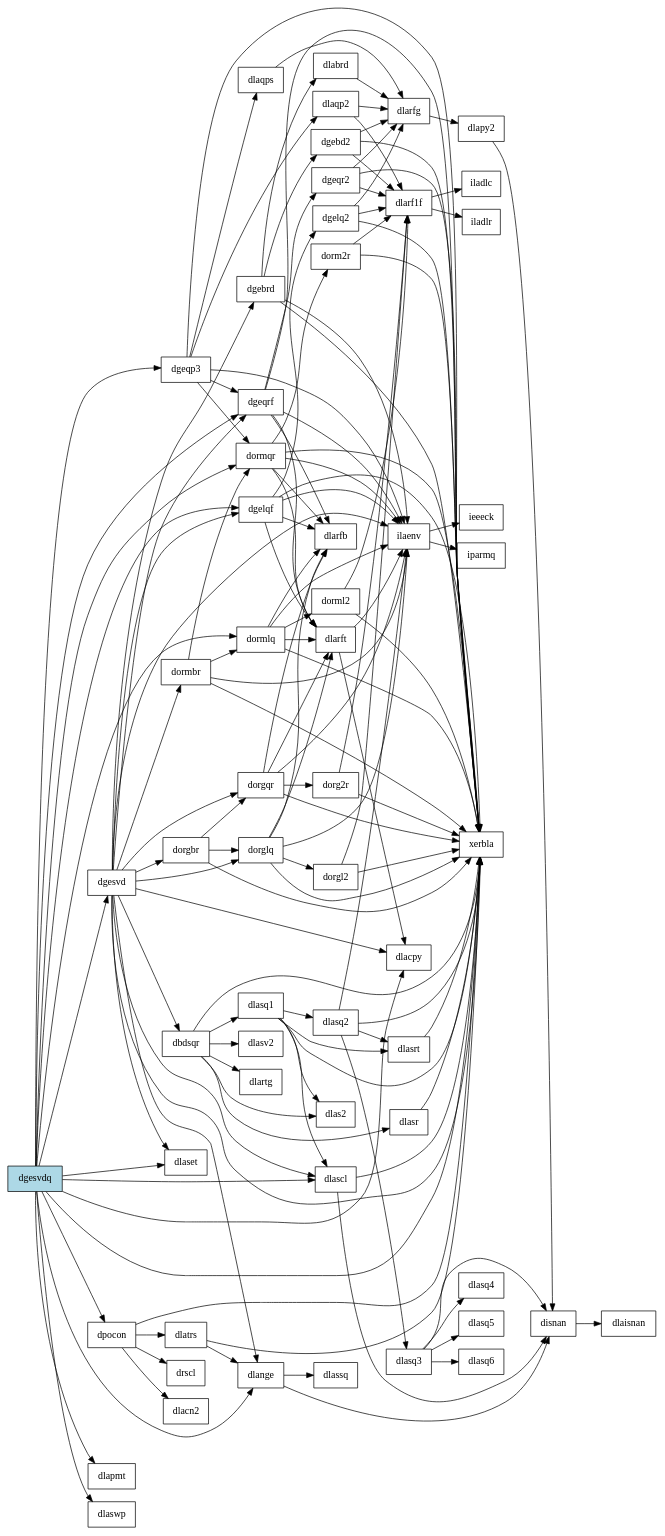
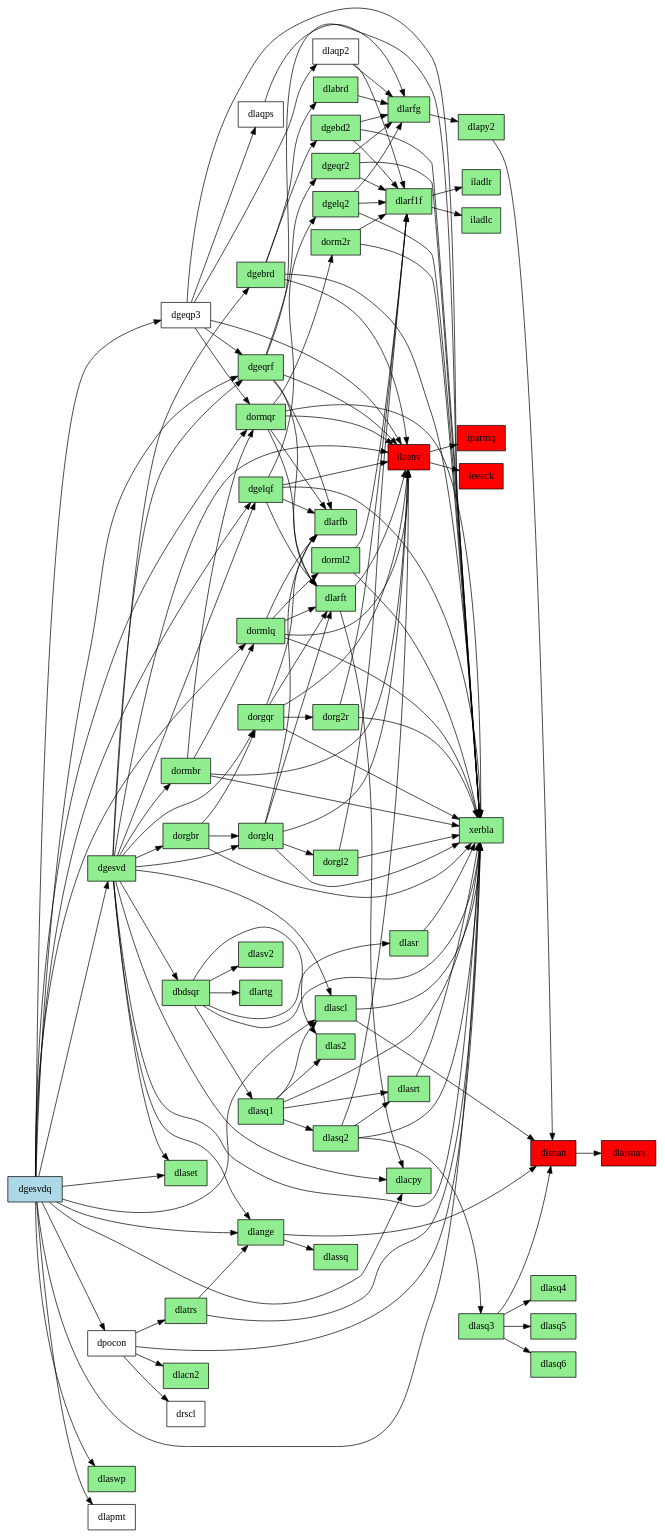
One commit to prajjwalbajpai/LAPACK-deps changed the diagram in dgesvdq.dot. Above: the diagram before and after it, drawn with Graphviz. The commit also changed 5 other files, not shown here.

```diff
--- a/dgesvdq.dot
+++ b/dgesvdq.dot
@@ -1,143 +1,194 @@
 digraph G {
   rankdir=LR;
   node [shape=box];
 
   "dgesvdq" [style=filled, fillcolor=lightblue];
+  "dlaisnan" [style=filled, fillcolor=red];
+  "dlacpy" [style=filled, fillcolor=lightgreen];
+  "dlabrd" [style=filled, fillcolor=lightgreen];
+  "dlange" [style=filled, fillcolor=lightgreen];
+  "dlapy2" [style=filled, fillcolor=lightgreen];
+  "dlartg" [style=filled, fillcolor=lightgreen];
+  "dlarf1f" [style=filled, fillcolor=lightgreen];
+  "dlarfb" [style=filled, fillcolor=lightgreen];
+  "dlarfg" [style=filled, fillcolor=lightgreen];
+  "dlarft" [style=filled, fillcolor=lightgreen];
+  "dlas2" [style=filled, fillcolor=lightgreen];
+  "dlascl" [style=filled, fillcolor=lightgreen];
+  "dlaset" [style=filled, fillcolor=lightgreen];
+  "dlasq1" [style=filled, fillcolor=lightgreen];
+  "dlasq2" [style=filled, fillcolor=lightgreen];
+  "dlasq3" [style=filled, fillcolor=lightgreen];
+  "dlasq4" [style=filled, fillcolor=lightgreen];
+  "dlasq5" [style=filled, fillcolor=lightgreen];
+  "dlasq6" [style=filled, fillcolor=lightgreen];
+  "dlasrt" [style=filled, fillcolor=lightgreen];
+  "dlasr" [style=filled, fillcolor=lightgreen];
+  "dlasv2" [style=filled, fillcolor=lightgreen];
+  "dlassq" [style=filled, fillcolor=lightgreen];
+  "dbdsqr" [style=filled, fillcolor=lightgreen];
+  "dgebd2" [style=filled, fillcolor=lightgreen];
+  "dgebrd" [style=filled, fillcolor=lightgreen];
+  "dgeqr2" [style=filled, fillcolor=lightgreen];
+  "dgeqrf" [style=filled, fillcolor=lightgreen];
+  "dgelq2" [style=filled, fillcolor=lightgreen];
+  "dgelqf" [style=filled, fillcolor=lightgreen];
+  "dgesvd" [style=filled, fillcolor=lightgreen];
+  "disnan" [style=filled, fillcolor=red];
+  "dorm2r" [style=filled, fillcolor=lightgreen];
+  "dormbr" [style=filled, fillcolor=lightgreen];
+  "dorml2" [style=filled, fillcolor=lightgreen];
+  "dormlq" [style=filled, fillcolor=lightgreen];
+  "dormqr" [style=filled, fillcolor=lightgreen];
+  "dorg2r" [style=filled, fillcolor=lightgreen];
+  "dorgbr" [style=filled, fillcolor=lightgreen];
+  "dorgl2" [style=filled, fillcolor=lightgreen];
+  "dorglq" [style=filled, fillcolor=lightgreen];
+  "dorgqr" [style=filled, fillcolor=lightgreen];
+  "ilaenv" [style=filled, fillcolor=red];
+  "iladlc" [style=filled, fillcolor=lightgreen];
+  "iladlr" [style=filled, fillcolor=lightgreen];
+  "iparmq" [style=filled, fillcolor=red];
+  "ieeeck" [style=filled, fillcolor=red];
+  "xerbla" [style=filled, fillcolor=lightgreen];
+  "dlatrs" [style=filled, fillcolor=lightgreen];
+  "dlacn2" [style=filled, fillcolor=lightgreen];
+  "dlaswp" [style=filled, fillcolor=lightgreen];
 
   "dgesvdq" -> "dgelqf";
   "dgelqf" -> "dgelq2";
   "dgelq2" -> "dlarf1f";
   "dlarf1f" -> "iladlc";
   "dlarf1f" -> "iladlr";
   "dgelq2" -> "dlarfg";
   "dlarfg" -> "dlapy2";
   "dlapy2" -> "disnan";
   "disnan" -> "dlaisnan";
   "dgelq2" -> "xerbla";
   "dgelqf" -> "dlarfb";
   "dgelqf" -> "dlarft";
   "dlarft" -> "dlacpy";
   "dlarft" -> "ilaenv";
   "ilaenv" -> "ieeeck";
   "ilaenv" -> "iparmq";
   "dgelqf" -> "ilaenv";
   "dgelqf" -> "xerbla";
   "dgesvdq" -> "dgeqp3";
   "dgeqp3" -> "dgeqrf";
   "dgeqrf" -> "dgeqr2";
   "dgeqr2" -> "dlarf1f";
   "dgeqr2" -> "dlarfg";
   "dgeqr2" -> "xerbla";
   "dgeqrf" -> "dlarfb";
   "dgeqrf" -> "dlarft";
   "dgeqrf" -> "ilaenv";
   "dgeqrf" -> "xerbla";
   "dgeqp3" -> "dlaqp2";
   "dlaqp2" -> "dlarf1f";
   "dlaqp2" -> "dlarfg";
   "dgeqp3" -> "dlaqps";
   "dlaqps" -> "dlarfg";
   "dgeqp3" -> "dormqr";
   "dormqr" -> "dlarfb";
   "dormqr" -> "dlarft";
   "dormqr" -> "dorm2r";
   "dorm2r" -> "dlarf1f";
   "dorm2r" -> "xerbla";
   "dormqr" -> "ilaenv";
   "dormqr" -> "xerbla";
   "dgeqp3" -> "ilaenv";
   "dgeqp3" -> "xerbla";
   "dgesvdq" -> "dgeqrf";
   "dgesvdq" -> "dgesvd";
   "dgesvd" -> "dbdsqr";
   "dbdsqr" -> "dlartg";
   "dbdsqr" -> "dlas2";
   "dbdsqr" -> "dlasq1";
   "dlasq1" -> "dlas2";
   "dlasq1" -> "dlascl";
   "dlascl" -> "disnan";
   "dlascl" -> "xerbla";
   "dlasq1" -> "dlasq2";
   "dlasq2" -> "dlasq3";
   "dlasq3" -> "disnan";
   "dlasq3" -> "dlasq4";
   "dlasq3" -> "dlasq5";
   "dlasq3" -> "dlasq6";
   "dlasq2" -> "dlasrt";
   "dlasrt" -> "xerbla";
   "dlasq2" -> "ilaenv";
   "dlasq2" -> "xerbla";
   "dlasq1" -> "dlasrt";
   "dlasq1" -> "xerbla";
   "dbdsqr" -> "dlasr";
   "dlasr" -> "xerbla";
   "dbdsqr" -> "dlasv2";
   "dbdsqr" -> "xerbla";
   "dgesvd" -> "dgebrd";
   "dgebrd" -> "dgebd2";
   "dgebd2" -> "dlarf1f";
   "dgebd2" -> "dlarfg";
   "dgebd2" -> "xerbla";
   "dgebrd" -> "dlabrd";
   "dlabrd" -> "dlarfg";
   "dgebrd" -> "ilaenv";
   "dgebrd" -> "xerbla";
   "dgesvd" -> "dgelqf";
   "dgesvd" -> "dgeqrf";
   "dgesvd" -> "dlacpy";
   "dgesvd" -> "dlange";
   "dlange" -> "disnan";
   "dlange" -> "dlassq";
   "dgesvd" -> "dlascl";
   "dgesvd" -> "dlaset";
   "dgesvd" -> "dorgbr";
   "dorgbr" -> "dorglq";
   "dorglq" -> "dlarfb";
   "dorglq" -> "dlarft";
   "dorglq" -> "dorgl2";
   "dorgl2" -> "dlarf1f";
   "dorgl2" -> "xerbla";
   "dorglq" -> "ilaenv";
   "dorglq" -> "xerbla";
   "dorgbr" -> "dorgqr";
   "dorgqr" -> "dlarfb";
   "dorgqr" -> "dlarft";
   "dorgqr" -> "dorg2r";
   "dorg2r" -> "dlarf1f";
   "dorg2r" -> "xerbla";
   "dorgqr" -> "ilaenv";
   "dorgqr" -> "xerbla";
   "dorgbr" -> "xerbla";
   "dgesvd" -> "dorglq";
   "dgesvd" -> "dorgqr";
   "dgesvd" -> "dormbr";
   "dormbr" -> "dormlq";
   "dormlq" -> "dlarfb";
   "dormlq" -> "dlarft";
   "dormlq" -> "dorml2";
   "dorml2" -> "dlarf1f";
   "dorml2" -> "xerbla";
   "dormlq" -> "ilaenv";
   "dormlq" -> "xerbla";
   "dormbr" -> "dormqr";
   "dormbr" -> "ilaenv";
   "dormbr" -> "xerbla";
   "dgesvd" -> "ilaenv";
   "dgesvd" -> "xerbla";
   "dgesvdq" -> "dlacpy";
   "dgesvdq" -> "dlange";
   "dgesvdq" -> "dlapmt";
   "dgesvdq" -> "dlascl";
   "dgesvdq" -> "dlaset";
   "dgesvdq" -> "dlaswp";
   "dgesvdq" -> "dormlq";
   "dgesvdq" -> "dormqr";
   "dgesvdq" -> "dpocon";
   "dpocon" -> "dlacn2";
   "dpocon" -> "dlatrs";
   "dlatrs" -> "dlange";
   "dlatrs" -> "xerbla";
   "dpocon" -> "drscl";
   "dpocon" -> "xerbla";
   "dgesvdq" -> "xerbla";
 }
```
